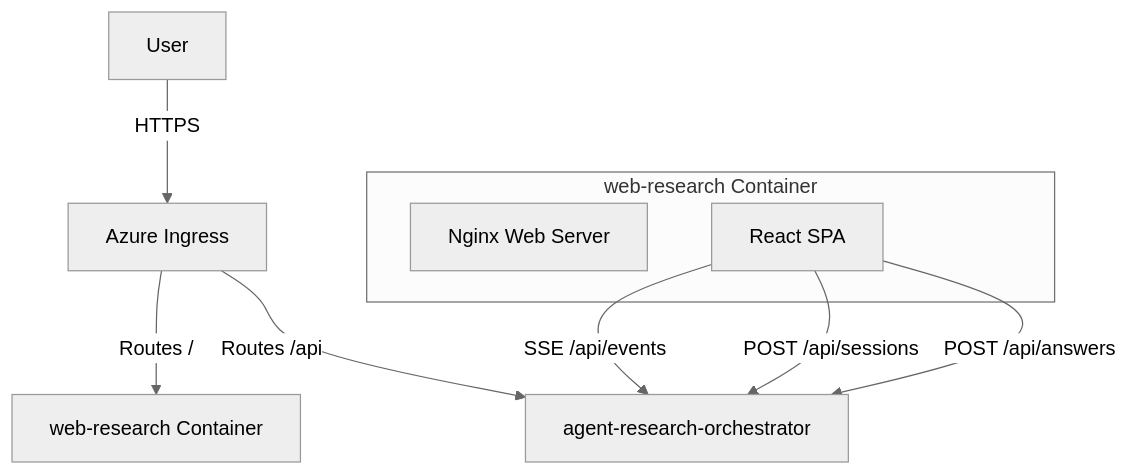
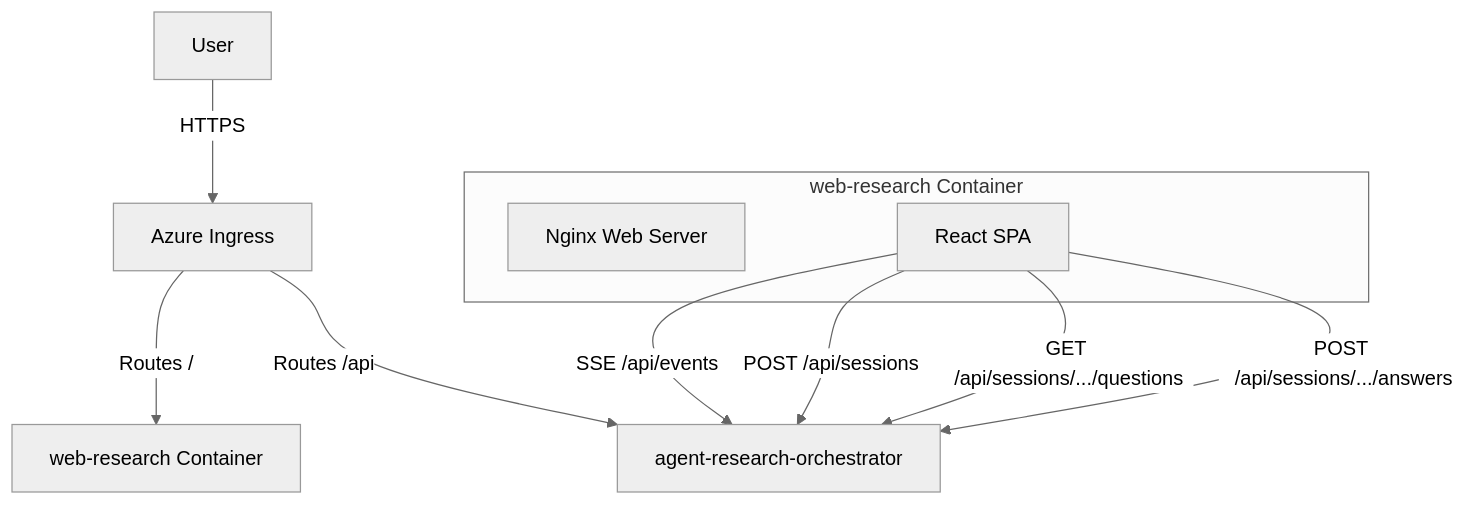
The diagram in specs/services/web-research/ARCHITECTURE.md (cloud-ai-summit-cz/ai), drawn with Mermaid (neutral theme) before and after one commit. The commit also changed other lines of this file and 21 other files, not shown here.

````diff
--- a/specs/services/web-research/ARCHITECTURE.md
+++ b/specs/services/web-research/ARCHITECTURE.md
@@ -16,15 +16,16 @@
 ```mermaid
 graph TD
     User[User] -->|HTTPS| Ingress[Azure Ingress]
     Ingress -->|Routes /| WebApp[web-research Container]
     Ingress -->|Routes /api| Orch[agent-research-orchestrator]
     
     subgraph "web-research Container"
         Nginx[Nginx Web Server]
         ReactApp[React SPA]
     end
     
     ReactApp -->|SSE /api/events| Orch
     ReactApp -->|POST /api/sessions| Orch
-    ReactApp -->|POST /api/answers| Orch
+    ReactApp -->|GET /api/sessions/.../questions| Orch
+    ReactApp -->|POST /api/sessions/.../answers| Orch
 ```
````
